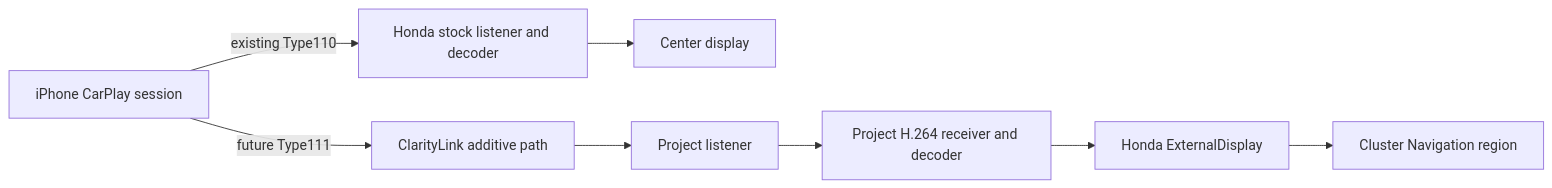
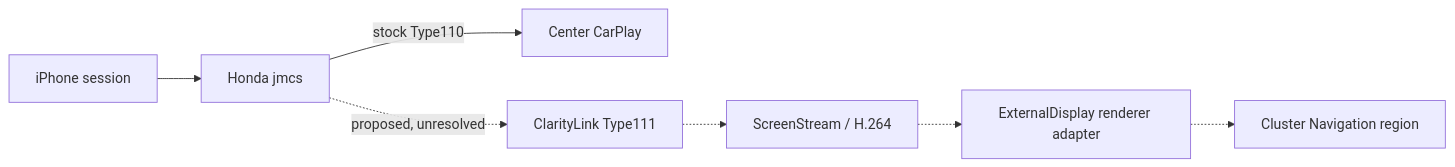
One commit to bmreyes25/ClarityLink changed the diagram in ROADMAP.md. Above: the diagram before and after it, drawn with Mermaid. The commit also changed other lines of this file and 18 other files, not shown here.

Commit message:
ClarityLink: professionalize repository documentation

````diff
--- a/ROADMAP.md
+++ b/ROADMAP.md
@@ -9,11 +13,9 @@
 ```mermaid
 flowchart LR
-    Phone[iPhone CarPlay session]
-    Phone -->|existing Type110| Stock[Honda stock listener and decoder]
-    Stock --> Center[Center display]
-    Phone -->|future Type111| Project[ClarityLink additive path]
-    Project --> TCP[Project listener]
-    TCP --> Decode[Project H.264 receiver and decoder]
-    Decode --> Ext[Honda ExternalDisplay]
-    Ext --> Cluster[Cluster Navigation region]
+  Phone[iPhone session] --> jmcs[Honda jmcs]
+  jmcs -->|stock Type110| Center[Center CarPlay]
+  jmcs -.->|proposed, unresolved| Type111[ClarityLink Type111]
+  Type111 -.-> Receiver[ScreenStream / H.264]
+  Receiver -.-> Render[ExternalDisplay renderer adapter]
+  Render -.-> Cluster[Cluster Navigation region]
 ```
````
